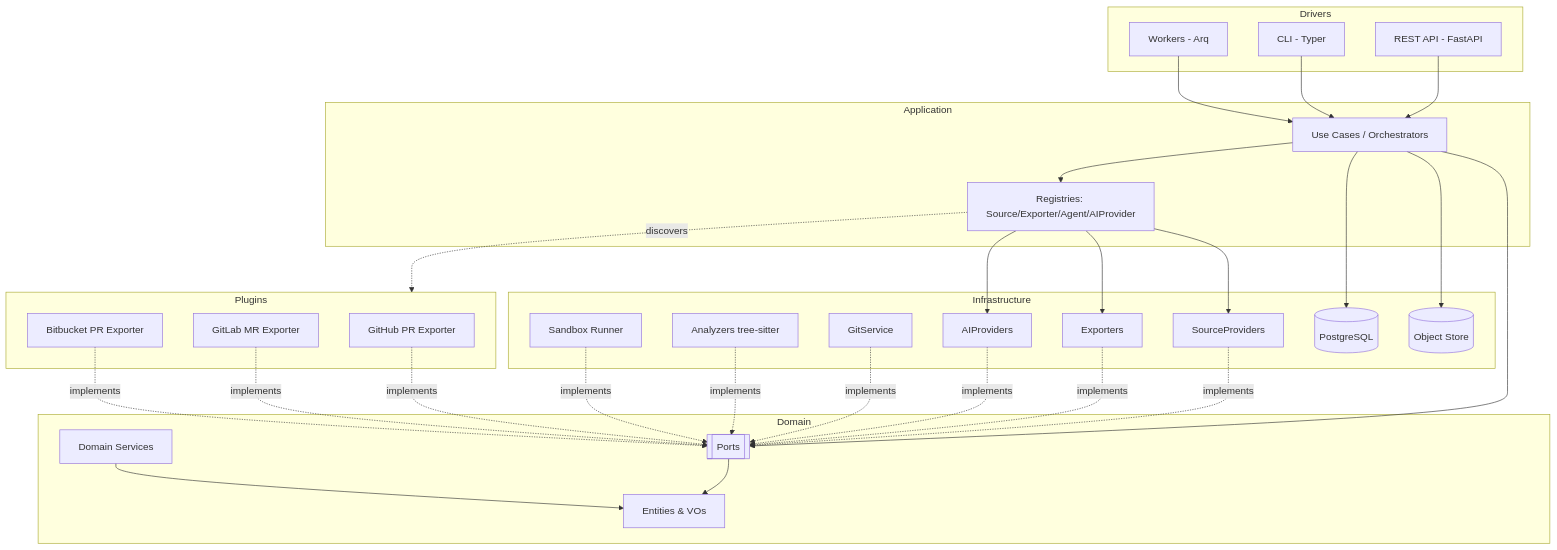
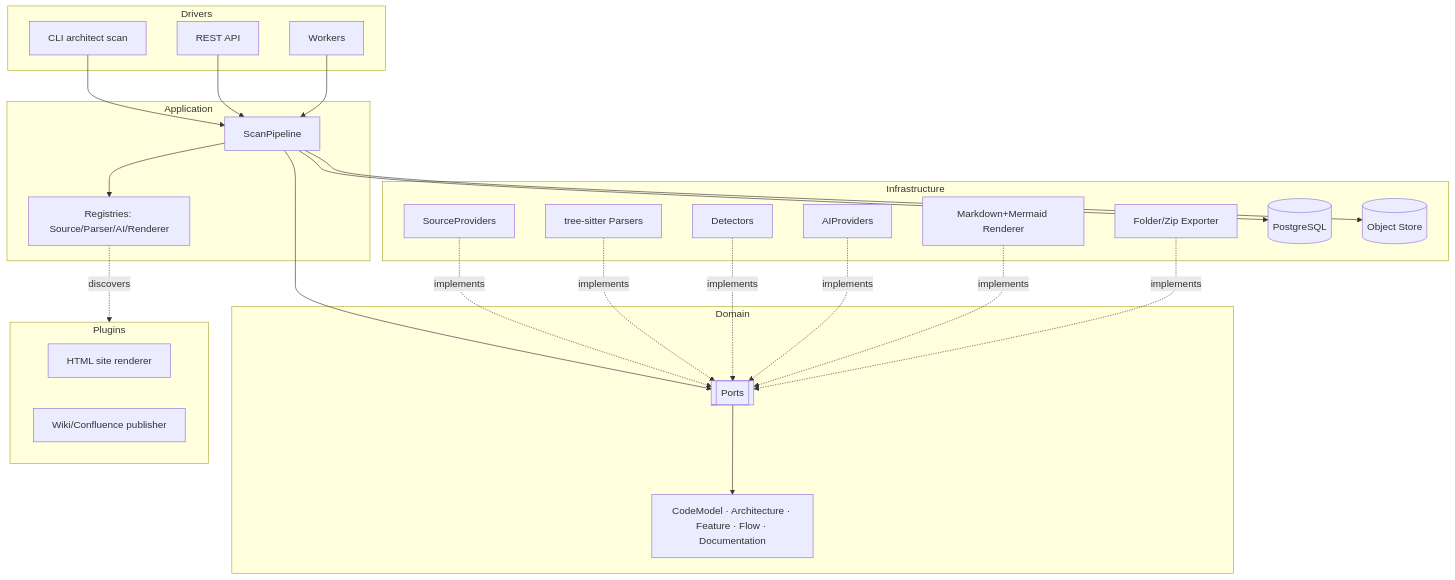
One commit to mibaldi/GitArchitect changed the second of 5 diagrams in docs/SDD.md. Above: the diagram before and after it, drawn with Mermaid. The commit also changed other lines of this file, not shown here.

First line of the commit message:
docs: rewrite SDD (v2) — codebase documentation generator

````diff
--- a/docs/SDD.md
+++ b/docs/SDD.md
@@ -322,59 +272,46 @@
 ```mermaid
 flowchart TB
     subgraph Drivers
-        API[REST API - FastAPI]
-        CLI[CLI - Typer]
-        WRK[Workers - Arq]
+        CLI[CLI architect scan]
+        API[REST API]
+        WRK[Workers]
     end
-
     subgraph Application
-        UC[Use Cases / Orchestrators]
-        REG[Registries: Source/Exporter/Agent/AIProvider]
+        PIPE[ScanPipeline]
+        REG[Registries: Source/Parser/AI/Renderer]
     end
-
     subgraph Domain
         PORTS[[Ports]]
-        ENT[Entities & VOs]
-        DS[Domain Services]
+        MODEL[CodeModel · Architecture · Feature · Flow · Documentation]
     end
-
     subgraph Infrastructure
         SP[SourceProviders]
-        EXP[Exporters]
-        AIP[AIProviders]
-        GIT[GitService]
-        ANA[Analyzers tree-sitter]
-        SBX[Sandbox Runner]
+        PAR[tree-sitter Parsers]
+        DET[Detectors]
+        AI[AIProviders]
+        REN[Markdown+Mermaid Renderer]
+        EXP[Folder/Zip Exporter]
         DB[(PostgreSQL)]
         OS[(Object Store)]
     end
-
     subgraph Plugins
-        GH[GitHub PR Exporter]
-        GL[GitLab MR Exporter]
-        BB[Bitbucket PR Exporter]
+        HTML[HTML site renderer]
+        PUB[Wiki/Confluence publisher]
     end
 
-    API --> UC
-    CLI --> UC
-    WRK --> UC
-    UC --> PORTS
-    UC --> REG
-    PORTS --> ENT
-    DS --> ENT
+    CLI --> PIPE
+    API --> PIPE
+    WRK --> PIPE
+    PIPE --> PORTS
+    PIPE --> REG
+    PORTS --> MODEL
     SP -.implements.-> PORTS
+    PAR -.implements.-> PORTS
+    DET -.implements.-> PORTS
+    AI -.implements.-> PORTS
+    REN -.implements.-> PORTS
     EXP -.implements.-> PORTS
-    AIP -.implements.-> PORTS
-    GIT -.implements.-> PORTS
-    ANA -.implements.-> PORTS
-    SBX -.implements.-> PORTS
-    REG --> SP
-    REG --> EXP
-    REG --> AIP
     REG -.discovers.-> Plugins
-    GH -.implements.-> PORTS
-    GL -.implements.-> PORTS
-    BB -.implements.-> PORTS
-    UC --> DB
-    UC --> OS
+    PIPE --> DB
+    PIPE --> OS
 ```
````
